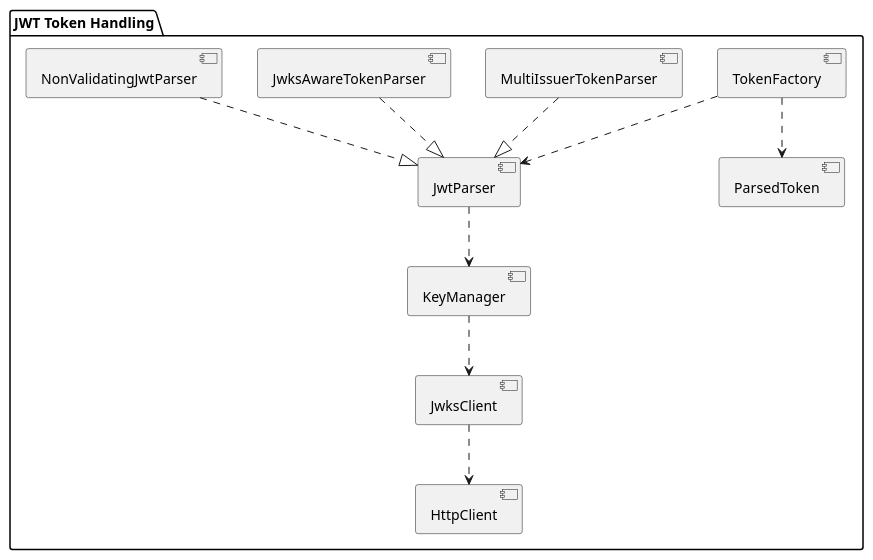
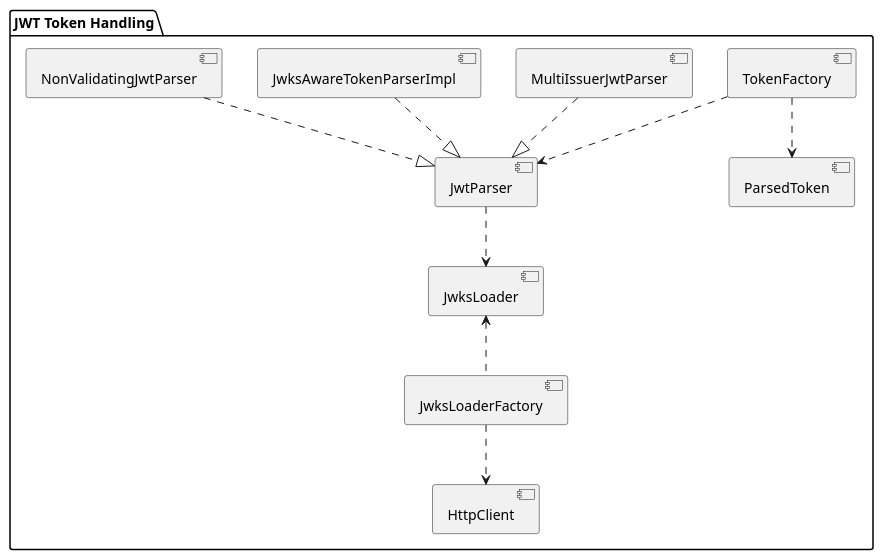
The diagram in doc/Specification.adoc (cuioss/cui-jwt-validation), drawn with PlantUML before and after one commit. The commit also changed other lines of this file and 8 other files, not shown here.

```diff
--- a/doc/Specification.adoc
+++ b/doc/Specification.adoc
@@ -29,15 +28,15 @@
 [plantuml]
 ....
 @startuml
 package "JWT Token Handling" {
   [TokenFactory] ..> [JwtParser]
   [TokenFactory] ..> [ParsedToken]
-  [MultiIssuerTokenParser] ..|> [JwtParser]
-  [JwksAwareTokenParser] ..|> [JwtParser]
+  [MultiIssuerJwtParser] ..|> [JwtParser]
+  [JwksAwareTokenParserImpl] ..|> [JwtParser]
   [NonValidatingJwtParser] ..|> [JwtParser]
-  [JwtParser] ..> [KeyManager]
-  [KeyManager] ..> [JwksClient]
-  [JwksClient] ..> [HttpClient]
+  [JwtParser] ..> [JwksLoader]
+  [JwksLoader] <.. [JwksLoaderFactory]
+  [JwksLoaderFactory] ..> [HttpClient]
 }
 @enduml
 ....
```
